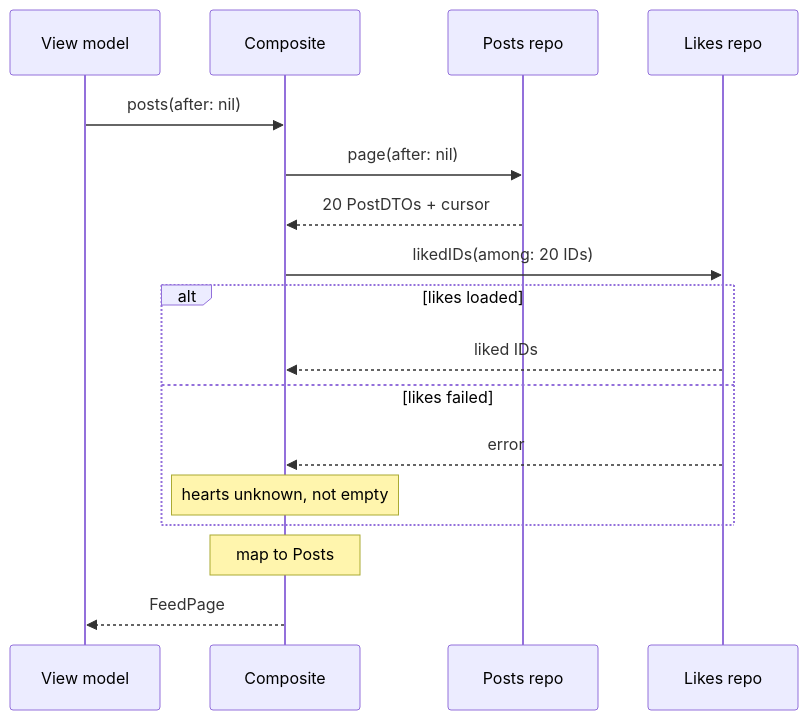
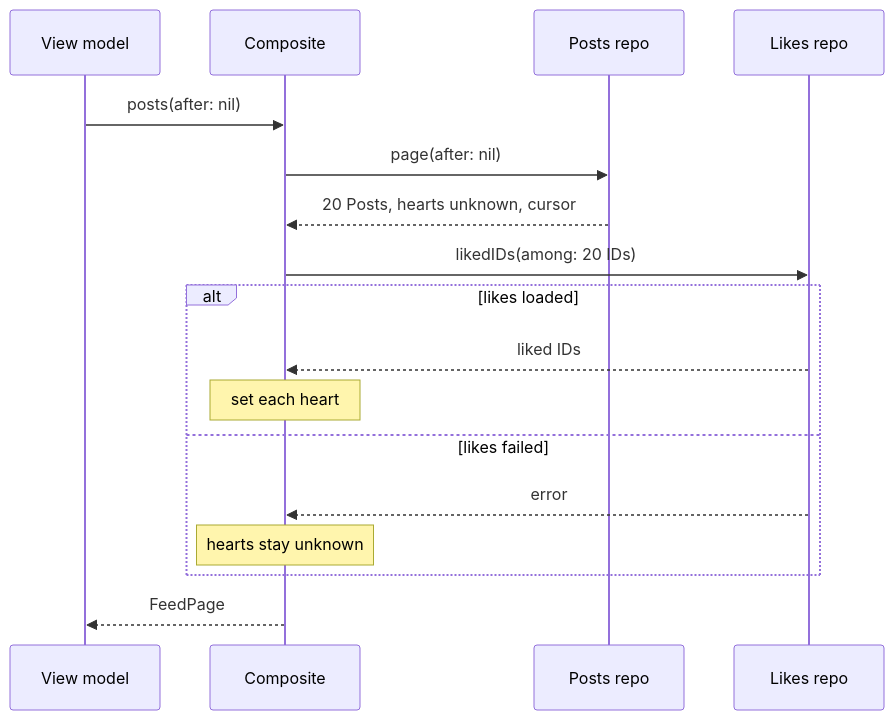
The second of 3 diagrams in topics/system-design/02-infinite-photo-feed.md (rezabina86/reference-desk), drawn with Mermaid before and after one commit. The commit also changed other lines of this file and 19 other files, not shown here.

````diff
--- a/topics/system-design/02-infinite-photo-feed.md
+++ b/topics/system-design/02-infinite-photo-feed.md
@@ -360,19 +393,19 @@
 ```mermaid
 sequenceDiagram
   participant VM as View model
   participant C as Composite
   participant P as Posts repo
   participant L as Likes repo
   VM->>C: posts(after: nil)
   C->>P: page(after: nil)
-  P-->>C: 20 PostDTOs + cursor
+  P-->>C: 20 Posts, hearts unknown, cursor
   C->>L: likedIDs(among: 20 IDs)
   alt likes loaded
     L-->>C: liked IDs
+    Note over C: set each heart
   else likes failed
     L-->>C: error
-    Note over C: hearts unknown, not empty
+    Note over C: hearts stay unknown
   end
-  Note over C: map to Posts
   C-->>VM: FeedPage
 ```
````
